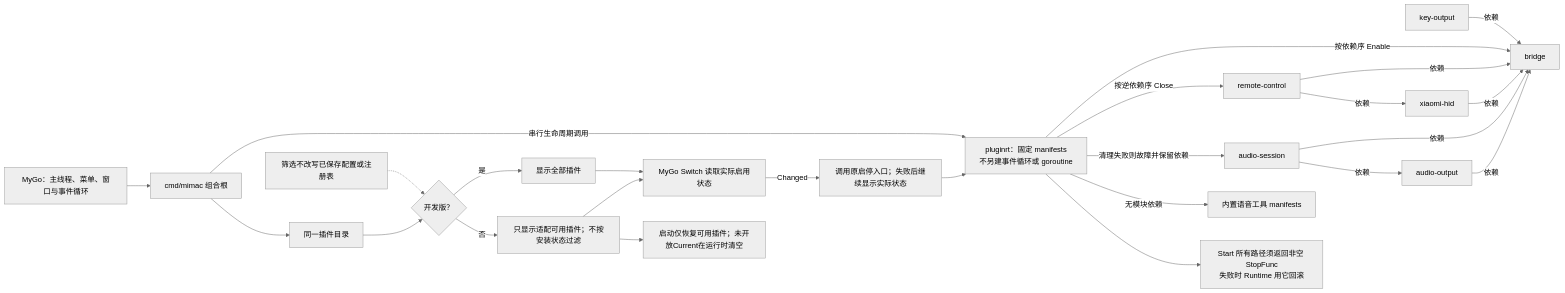
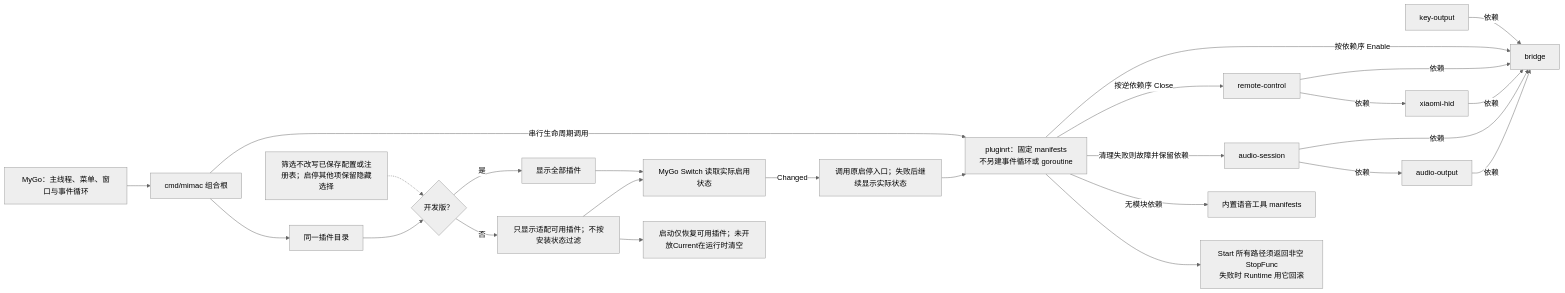
Before and after one commit to daftAI2026/MiMac: the diagram in tools/workbench/diagrams/plugin-lifecycle.mmd, drawn with Mermaid (neutral theme). The commit also changed 9 other files, not shown here.

```diff
--- a/tools/workbench/diagrams/plugin-lifecycle.mmd
+++ b/tools/workbench/diagrams/plugin-lifecycle.mmd
@@ -1,35 +1,35 @@
 flowchart LR
     mygo["MyGo：主线程、菜单、窗口与事件循环"] --> host["cmd/mimac 组合根"]
     host -->|串行生命周期调用| runtime["pluginrt：固定 manifests\n不另建事件循环或 goroutine"]
     core["bridge"]
     keyout["key-output"]
     hid["xiaomi-hid"]
     remote["remote-control"]
     audioout["audio-output"]
     audiosession["audio-session"]
     voice["内置语音工具 manifests"]
     cleanup["Start 所有路径须返回非空 StopFunc\n失败时 Runtime 用它回滚"]
 
     keyout -->|依赖| core
     hid -->|依赖| core
     remote -->|依赖| core
     remote -->|依赖| hid
     audioout -->|依赖| core
     audiosession -->|依赖| core
     audiosession -->|依赖| audioout
     runtime -->|按依赖序 Enable| core
     runtime -->|按逆依赖序 Close| remote
     runtime -->|清理失败则故障并保留依赖| audiosession
     runtime -->|无模块依赖| voice
     runtime --> cleanup
 
     host --> catalog["同一插件目录"]
     catalog --> visibility{"开发版？"}
     visibility -->|是| all["显示全部插件"]
     visibility -->|否| ready["只显示适配可用插件；不按安装状态过滤"]
     all --> controls["MyGo Switch 读取实际启用状态"]
     ready --> controls
     controls -->|Changed| activation["调用原启停入口；失败后继续显示实际状态"]
     activation --> runtime
     ready --> restore["启动仅恢复可用插件；未开放Current在运行时清空"]
-    saved["筛选不改写已保存配置或注册表"] -.-> visibility
+    saved["筛选不改写已保存配置或注册表；启停其他项保留隐藏选择"] -.-> visibility
```
